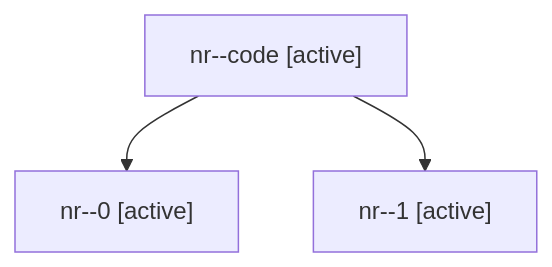
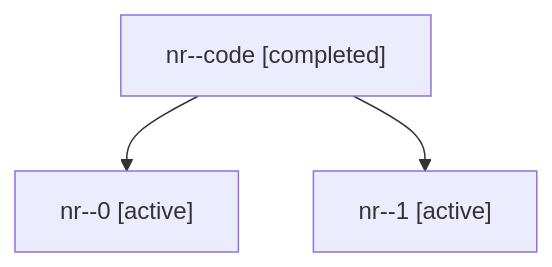
Before and after one commit to sase-org/sase--agents: the diagram in families/bbugyi200.athena.nr.md, drawn with Mermaid. The commit also changed other lines of this file and 5813 other files, not shown here.

````diff
--- a/families/bbugyi200.athena.nr.md
+++ b/families/bbugyi200.athena.nr.md
@@ -9,8 +9,8 @@
 ```mermaid
 flowchart TD
-  n0["nr--code [active]"]
+  n0["nr--code [completed]"]
   n1["nr--0 [active]"]
   n0 --> n1
   n2["nr--1 [active]"]
   n0 --> n2
 ```
````
